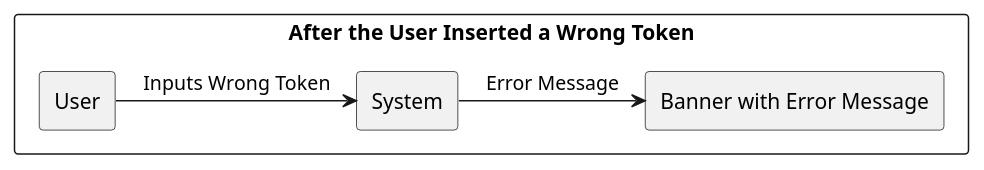
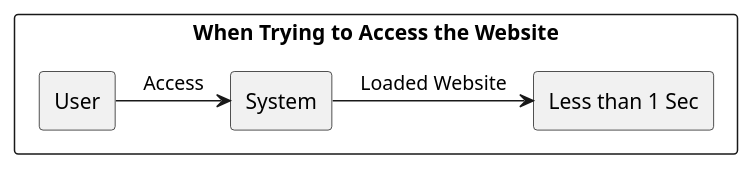
Before and after one commit to USI-MSDE-SA-2023/sa--edoriggio: the eighth of 11 diagrams in src/sa/model/index.md, drawn with PlantUML. The commit also changed other lines of this file, not shown here.

````diff
--- a/src/sa/model/index.md
+++ b/src/sa/model/index.md
@@ -305,20 +306,20 @@
 ```puml
 @startuml
 
 skinparam componentStyle rectangle
 skinparam monochrome true
 skinparam shadowing false
 
-rectangle "After the User Inserted a Wrong Token" {
+rectangle "When Trying to Access the Website" {
 
 rectangle "User" as Source
-rectangle "Banner with Error Message" as Measure
+rectangle "Less than 1 Sec" as Measure
 
-Source -> [System] : "Inputs Wrong Token"
+Source -> [System] : "Access"
 
-[System] -> [Measure] : "Error Message"
+[System] -> [Measure] : "Loaded Website"
 
 }
 
 @enduml
 ```
````
